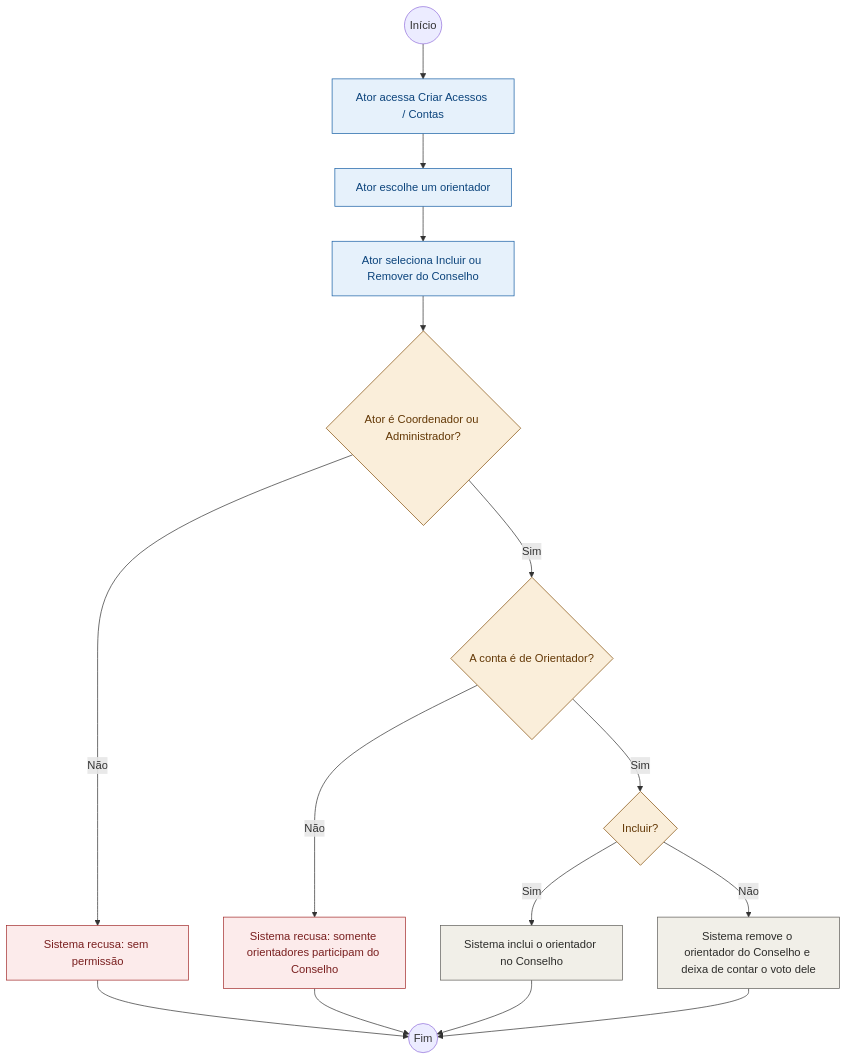
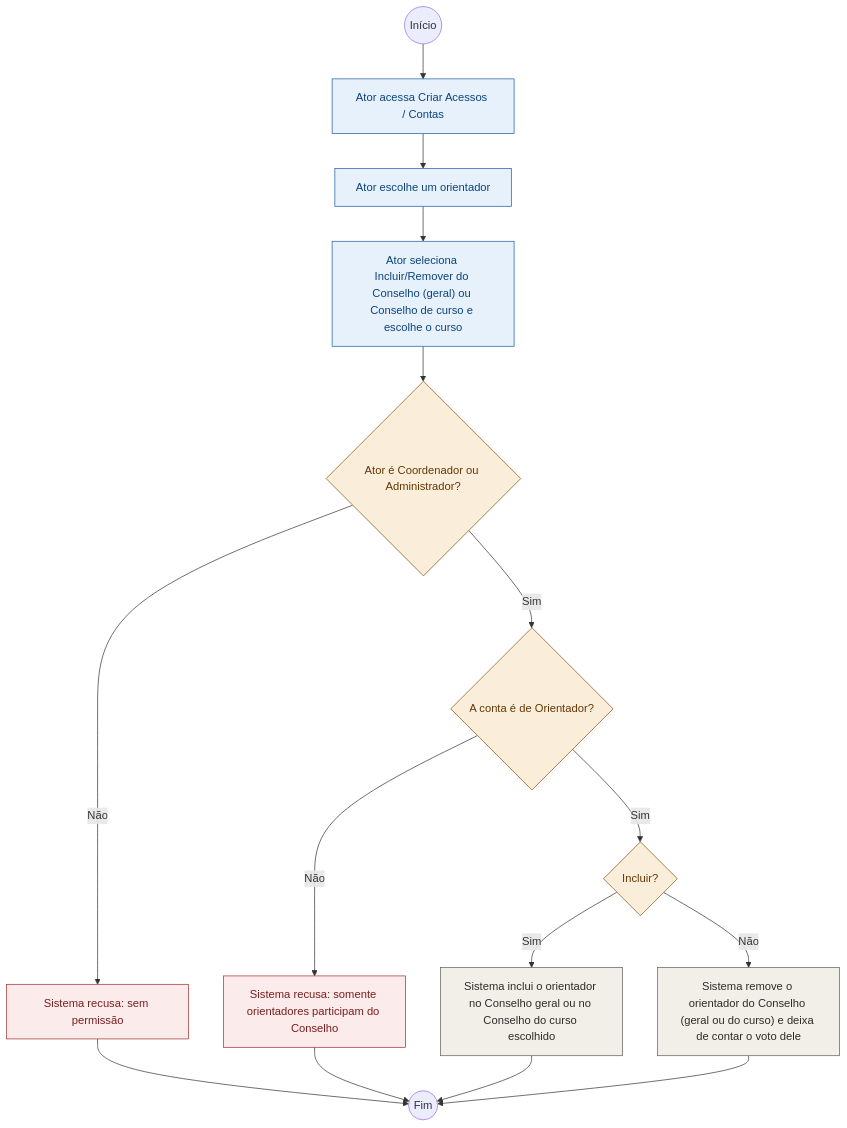
One commit to HevertonMarques/desweb_rep changed the diagram in documentos/atividades/06-definir-membros-conselho.mmd. Above: the diagram before and after it, drawn with Mermaid. The commit also changed 26 other files, not shown here.

```diff
--- a/documentos/atividades/06-definir-membros-conselho.mmd
+++ b/documentos/atividades/06-definir-membros-conselho.mmd
@@ -1,23 +1,23 @@
 flowchart TD
   ini(("Início")) --> a1["Ator acessa Criar Acessos / Contas"]
   a1 --> a2["Ator escolhe um orientador"]
-  a2 --> a3["Ator seleciona Incluir ou Remover do Conselho"]
+  a2 --> a3["Ator seleciona Incluir/Remover do Conselho (geral) ou Conselho de curso e escolhe o curso"]
   a3 --> d1{"Ator é Coordenador ou Administrador?"}
   d1 -- Não --> e1["Sistema recusa: sem permissão"]
   d1 -- Sim --> d2{"A conta é de Orientador?"}
   d2 -- Não --> e2["Sistema recusa: somente orientadores participam do Conselho"]
   d2 -- Sim --> d3{"Incluir?"}
-  d3 -- Sim --> s1["Sistema inclui o orientador no Conselho"]
-  d3 -- Não --> s2["Sistema remove o orientador do Conselho e deixa de contar o voto dele"]
+  d3 -- Sim --> s1["Sistema inclui o orientador no Conselho geral ou no Conselho do curso escolhido"]
+  d3 -- Não --> s2["Sistema remove o orientador do Conselho (geral ou do curso) e deixa de contar o voto dele"]
   s1 --> fim((Fim))
   s2 --> fim
   e1 --> fim
   e2 --> fim
   classDef ator fill:#E6F1FB,stroke:#185FA5,color:#0C447C
   classDef sis fill:#F1EFE8,stroke:#5F5E5A,color:#2C2C2A
   classDef dec fill:#FAEEDA,stroke:#854F0B,color:#633806
   classDef err fill:#FCEBEB,stroke:#A32D2D,color:#791F1F
   class a1,a2,a3 ator
   class s1,s2 sis
   class d1,d2,d3 dec
   class e1,e2 err
```
